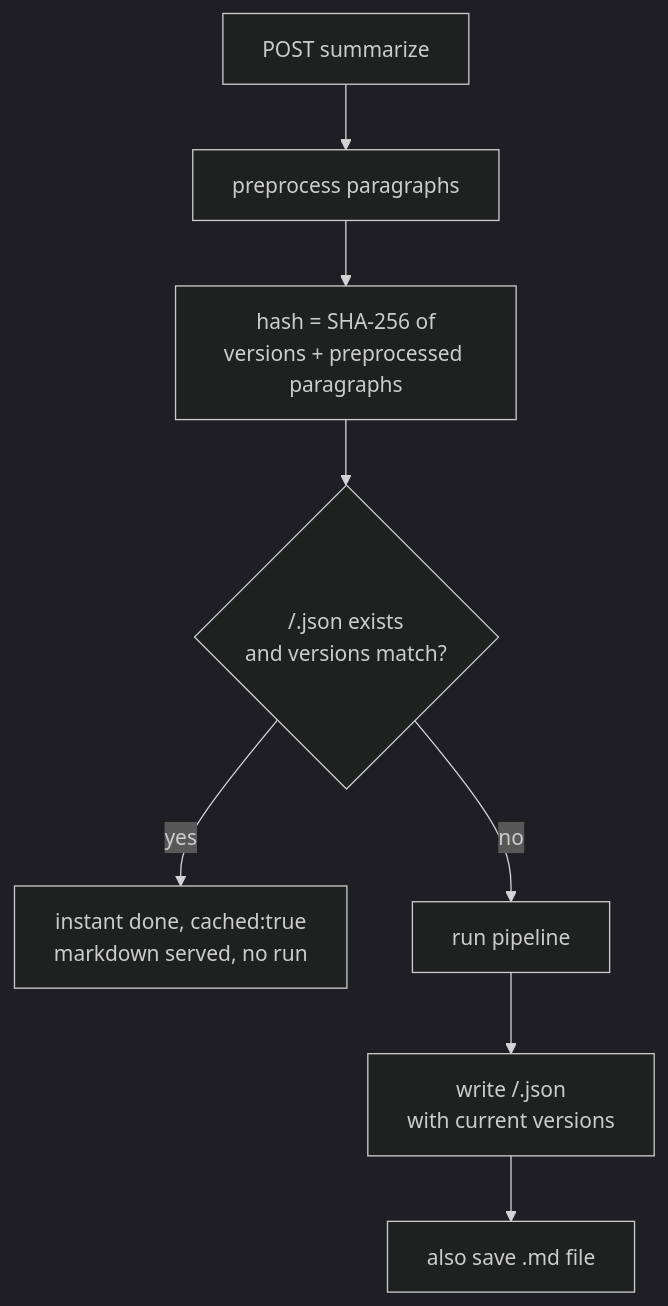
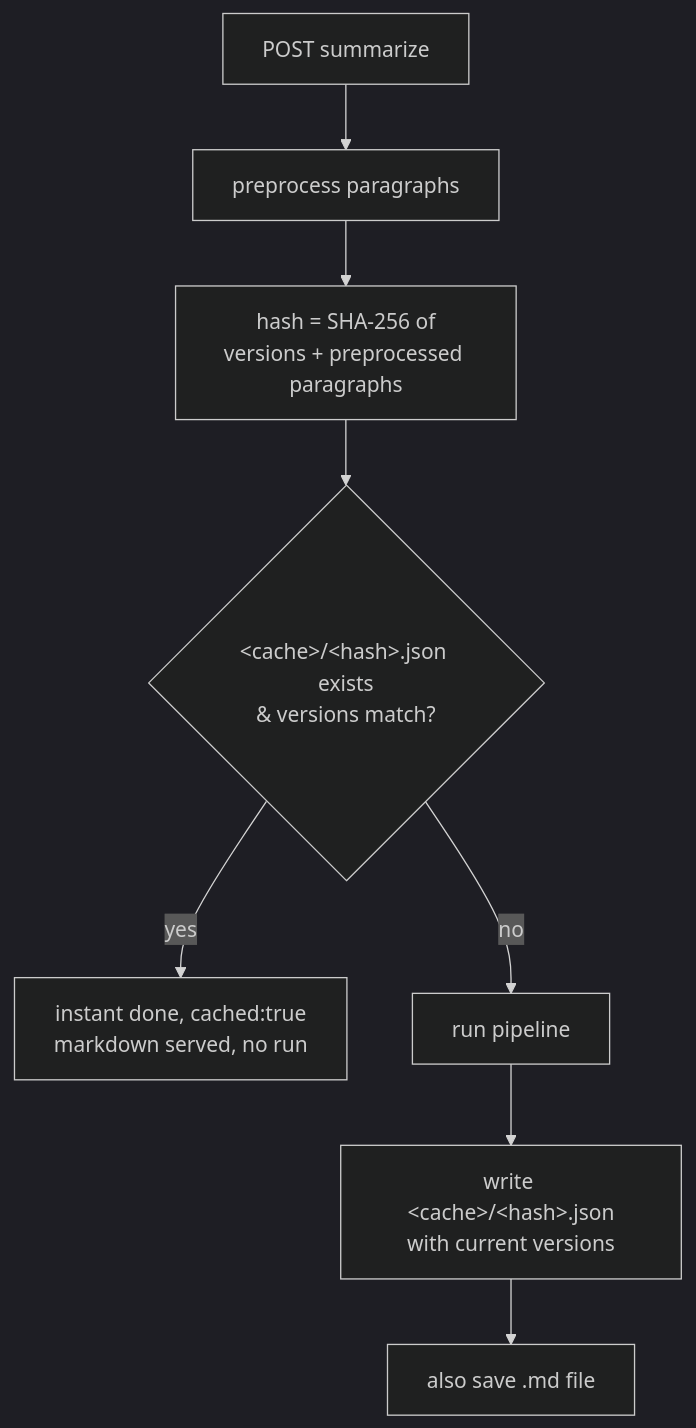
The fourth of 8 diagrams in README.md (shreyasgws/YT-Analysis), drawn with Mermaid (dark theme) before and after one commit. The commit also changed other lines of this file and 2 other files, not shown here.

Commit message:
Restructure README: install-first, dedupe prose, fix mermaid anchors, verify checks

````diff
--- a/README.md
+++ b/README.md
@@ -216,10 +314,10 @@
 ```mermaid
 graph TD
     A[POST summarize] --> B[preprocess paragraphs]
     B --> C[hash = SHA-256 of<br/>versions + preprocessed paragraphs]
-    C --> D{<cache>/<hash>.json exists<br/>and versions match?}
+    C --> D{"&lt;cache&gt;/&lt;hash&gt;.json exists<br/>&amp; versions match?"}
     D -- yes --> E[instant done, cached:true<br/>markdown served, no run]
     D -- no --> F[run pipeline]
-    F --> G[write <cache>/<hash>.json<br/>with current versions]
+    F --> G["write &lt;cache&gt;/&lt;hash&gt;.json<br/>with current versions"]
     G --> H[also save .md file]
 ```
````
